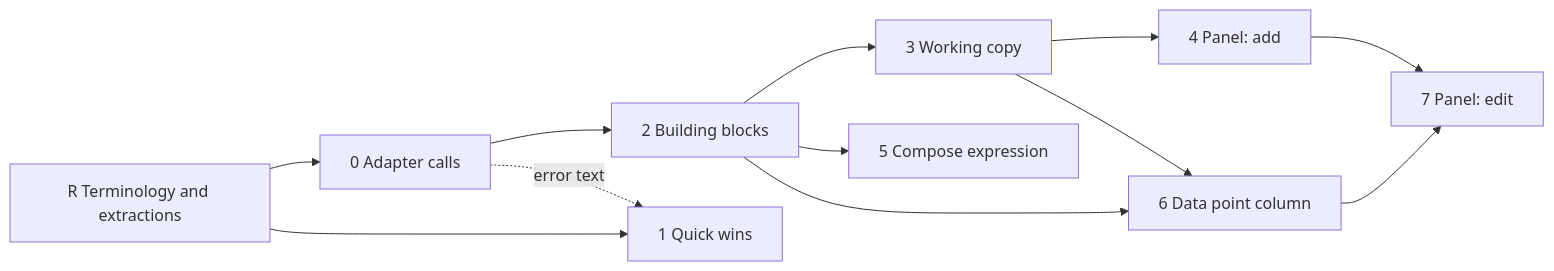
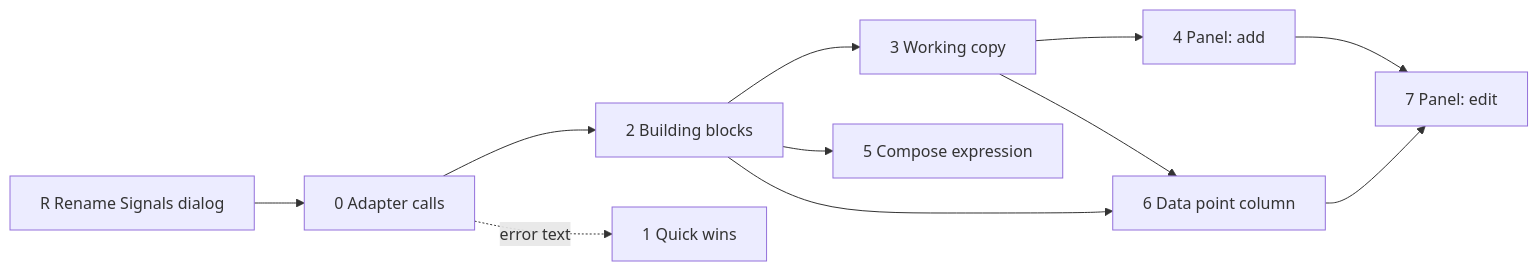
The second of 2 diagrams in Plan/signals-dialog-ux/implementation-plan.md (ModbusScope/ModbusScope), drawn with Mermaid before and after one commit. The commit also changed other lines of this file, not shown here.

````diff
--- a/Plan/signals-dialog-ux/implementation-plan.md
+++ b/Plan/signals-dialog-ux/implementation-plan.md
@@ -76,15 +78,14 @@
 ```mermaid
 flowchart LR
-    PR[R Terminology and extractions] --> P0
-    PR --> P1
+    PR[R Rename Signals dialog] --> P0
     P0[0 Adapter calls] --> P2[2 Building blocks]
     P1[1 Quick wins]
     P0 -.error text.-> P1
     P2 --> P3[3 Working copy]
     P3 --> P4[4 Panel: add]
     P2 --> P5[5 Compose expression]
     P2 --> P6[6 Data point column]
     P3 --> P6
     P4 --> P7[7 Panel: edit]
     P6 --> P7
 ```
````
